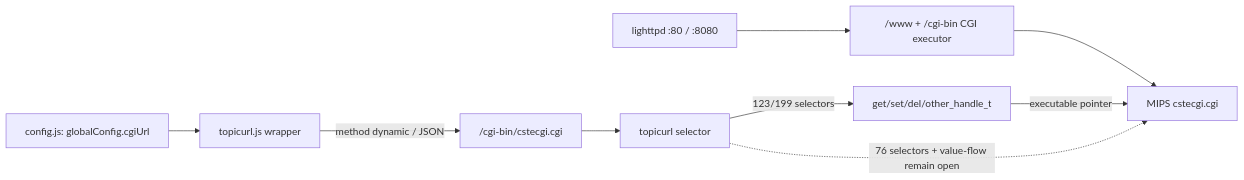
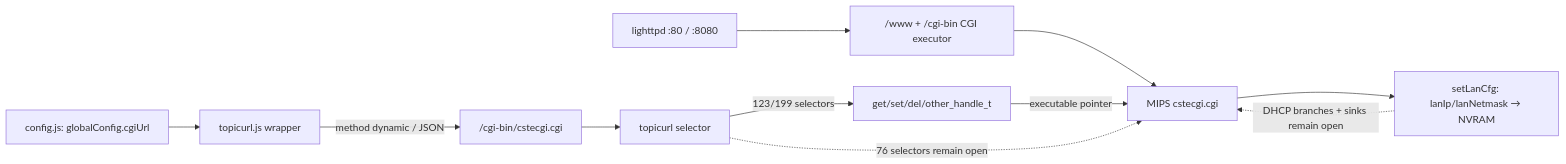
One commit to FitzBC/FirmAtlas changed the second of 2 diagrams in docs/firmware-mapping/research-casebook.md. Above: the diagram before and after it, drawn with Mermaid. The commit also changed other lines of this file and 21 other files, not shown here.

Commit message:
feat(mapping): trace MIPS handler parameter state flows

````diff
--- a/docs/firmware-mapping/research-casebook.md
+++ b/docs/firmware-mapping/research-casebook.md
@@ -96,11 +96,13 @@
 ```mermaid
 flowchart LR
     CFG["config.js: globalConfig.cgiUrl"] --> WRAP["topicurl.js wrapper"]
     WRAP -->|"method dynamic / JSON"| CGI["/cgi-bin/cstecgi.cgi"]
     CGI --> SEL["topicurl selector"]
     L["lighttpd :80 / :8080"] --> NS["/www + /cgi-bin CGI executor"]
     NS --> BIN["MIPS cstecgi.cgi"]
     SEL -->|"123/199 selectors"| TAB["get/set/del/other_handle_t"]
     TAB -->|"executable pointer"| BIN
-    SEL -. "76 selectors + value-flow remain open" .-> BIN
+    SEL -. "76 selectors remain open" .-> BIN
+    BIN --> VF["setLanCfg: lanIp/lanNetmask → NVRAM"]
+    VF -. "DHCP branches + sinks remain open" .-> BIN
 ```
````
